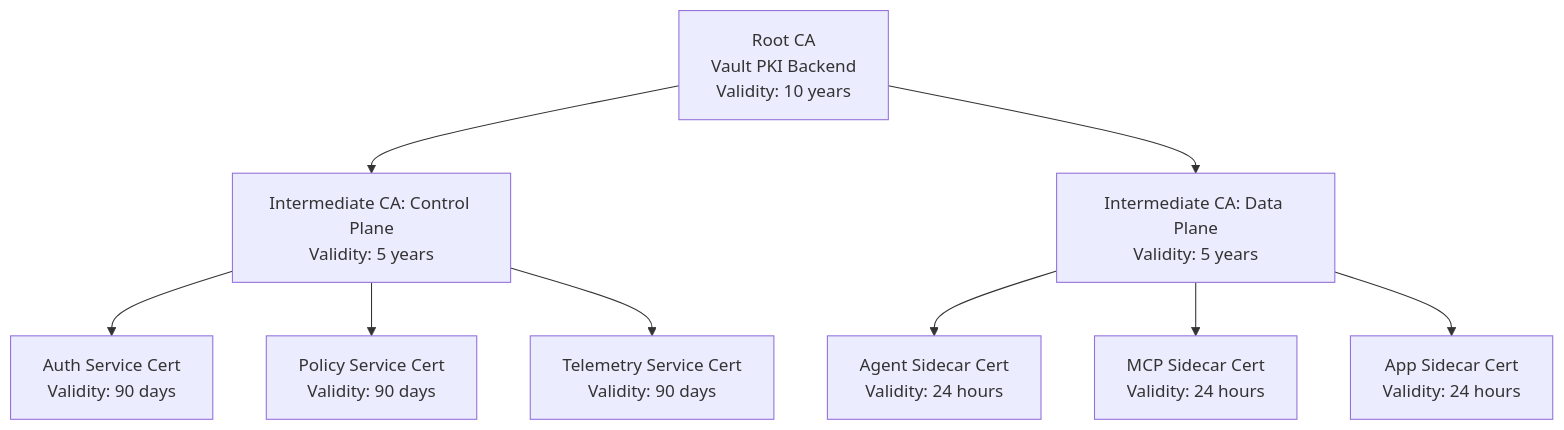
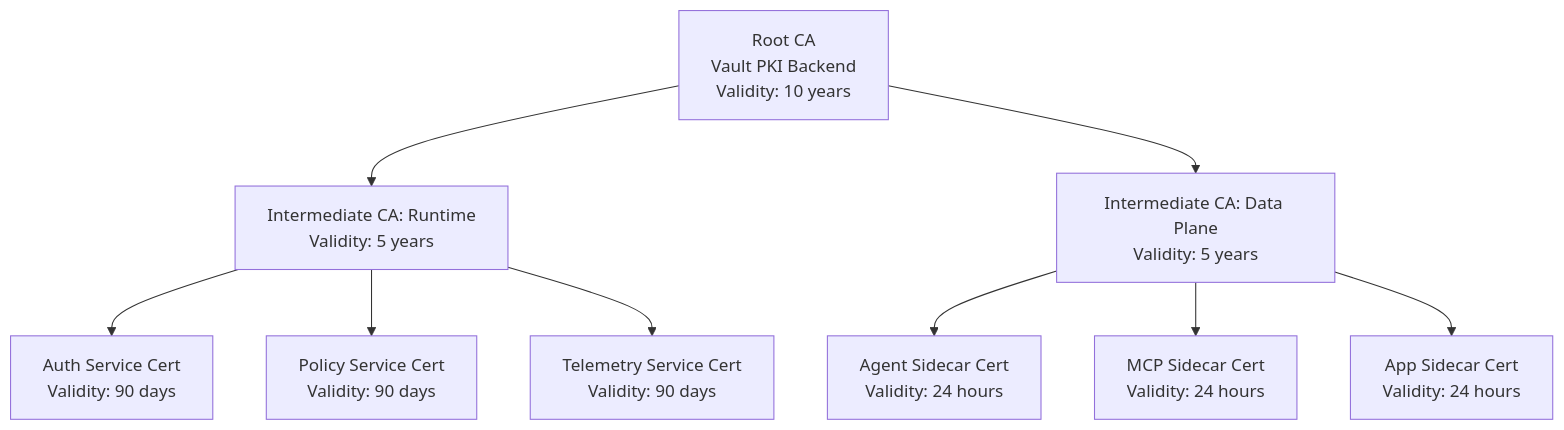
Before and after one commit to outshift-open/CASA: diagram 12 of 16 in docs/dev/specs/SPECS.md, drawn with Mermaid. The commit also changed other lines of this file and 95 other files, not shown here.

````diff
--- a/docs/dev/specs/SPECS.md
+++ b/docs/dev/specs/SPECS.md
@@ -4129,26 +4129,26 @@
 ```mermaid
 graph TB
     ROOT[Root CA<br/>Vault PKI Backend<br/>Validity: 10 years]
 
-    INT_CP[Intermediate CA: Control Plane<br/>Validity: 5 years]
+    INT_CP[Intermediate CA: Runtime<br/>Validity: 5 years]
     INT_DATA[Intermediate CA: Data Plane<br/>Validity: 5 years]
 
     LEAF_AUTH[Auth Service Cert<br/>Validity: 90 days]
     LEAF_POLICY[Policy Service Cert<br/>Validity: 90 days]
     LEAF_TELEM[Telemetry Service Cert<br/>Validity: 90 days]
 
     LEAF_AGENT[Agent Sidecar Cert<br/>Validity: 24 hours]
     LEAF_MCP[MCP Sidecar Cert<br/>Validity: 24 hours]
     LEAF_APP[App Sidecar Cert<br/>Validity: 24 hours]
 
     ROOT --> INT_CP
     ROOT --> INT_DATA
 
     INT_CP --> LEAF_AUTH
     INT_CP --> LEAF_POLICY
     INT_CP --> LEAF_TELEM
 
     INT_DATA --> LEAF_AGENT
     INT_DATA --> LEAF_MCP
     INT_DATA --> LEAF_APP
 ```
````
